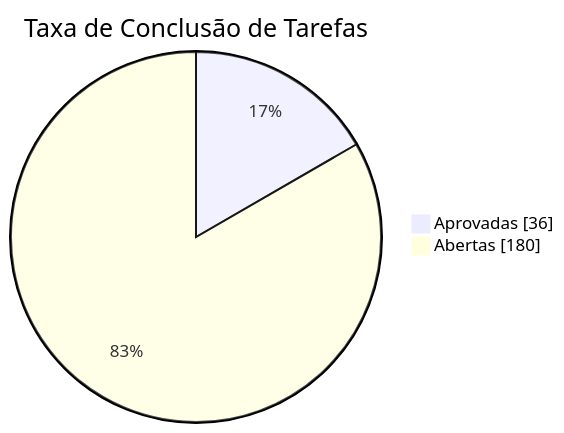
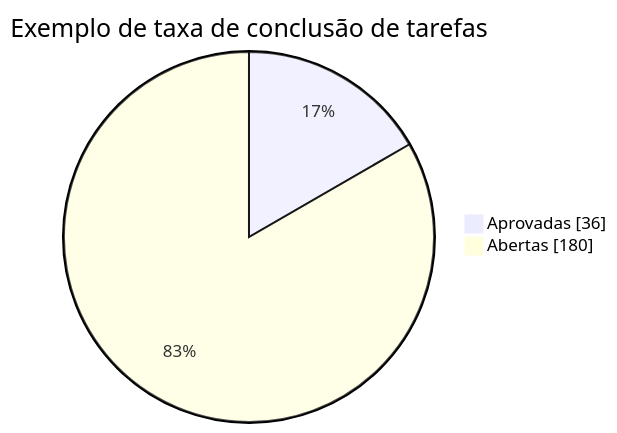
One commit to Ennzzo/acadus changed the third of 6 diagrams in docs/performance-indicators.md. Above: the diagram before and after it, drawn with Mermaid. The commit also changed other lines of this file and 16 other files, not shown here.

````diff
--- a/docs/performance-indicators.md
+++ b/docs/performance-indicators.md
@@ -69,6 +102,6 @@
 ```mermaid
 pie showData
-    title Taxa de Conclusão de Tarefas
+    title Exemplo de taxa de conclusão de tarefas
     "Aprovadas" : 36
     "Abertas" : 180
 ```
````
